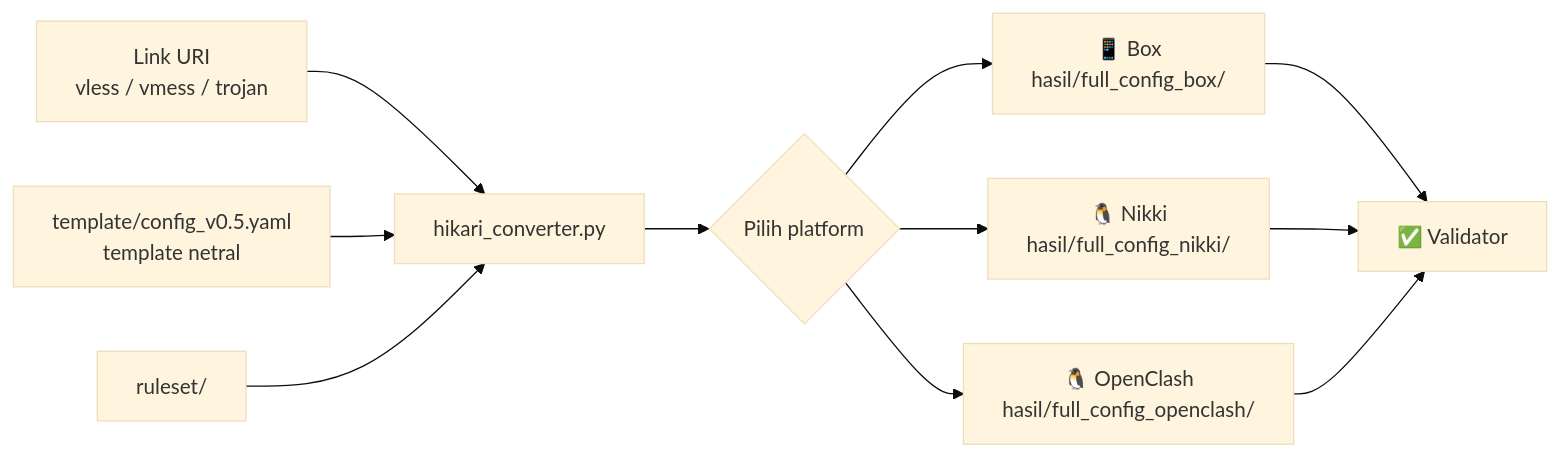
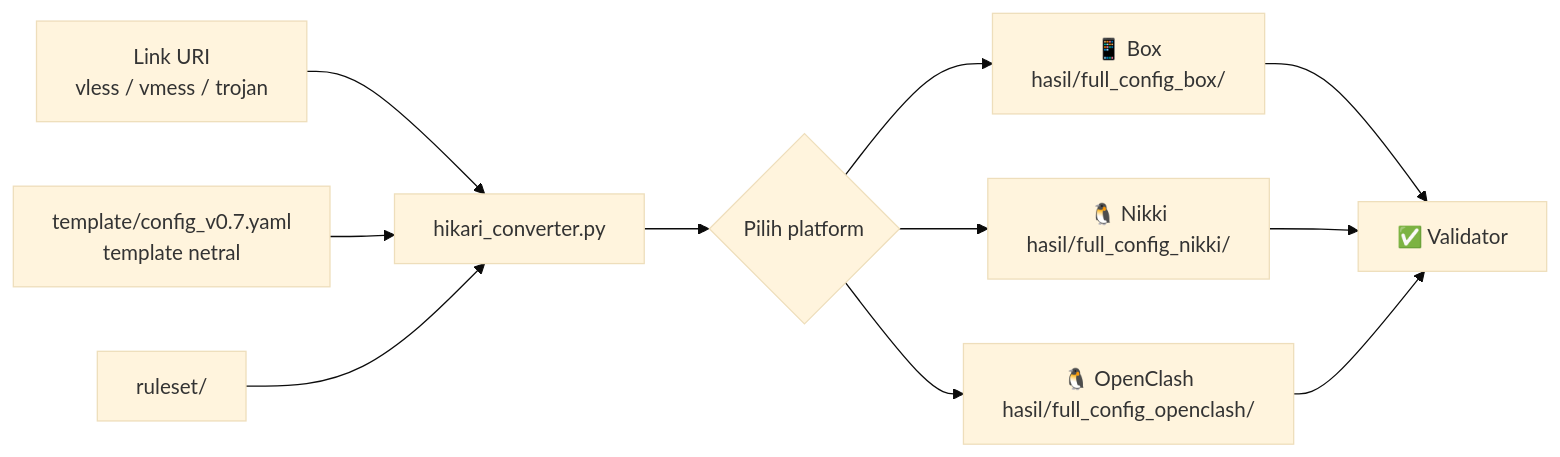
Before and after one commit to nexterade/hikari-clash: the diagram in README.md, drawn with Mermaid (base theme). The commit also changed other lines of this file and 6 other files, not shown here.

````diff
--- a/README.md
+++ b/README.md
@@ -71,13 +71,13 @@
 ```mermaid
 flowchart LR
     A[Link URI<br/>vless / vmess / trojan] --> B[hikari_converter.py]
-    T[template/config_v0.5.yaml<br/>template netral] --> B
+    T[template/config_v0.7.yaml<br/>template netral] --> B
     R[ruleset/] --> B
     B --> P{Pilih platform}
     P --> X[📱 Box<br/>hasil/full_config_box/]
     P --> Y[🐧 Nikki<br/>hasil/full_config_nikki/]
     P --> Z[🐧 OpenClash<br/>hasil/full_config_openclash/]
     X --> V[✅ Validator]
     Y --> V
     Z --> V
 ```
````
